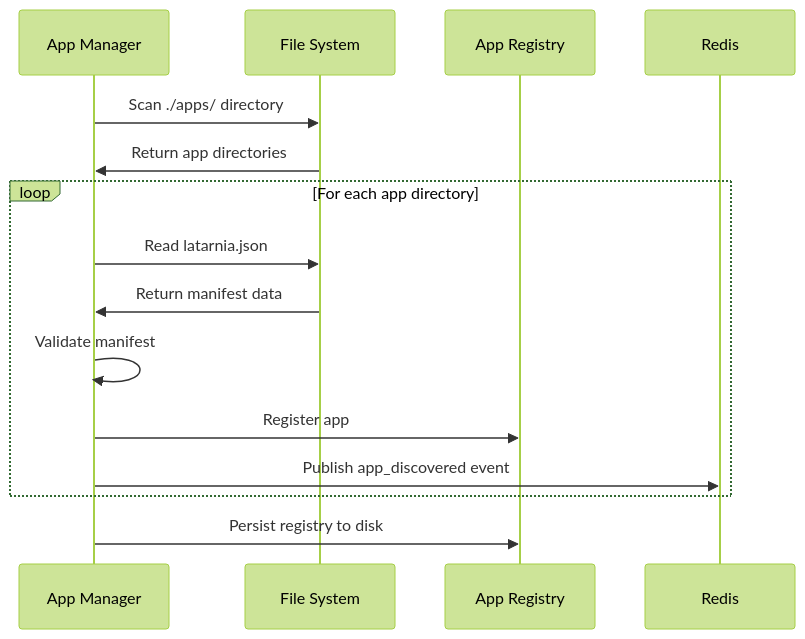
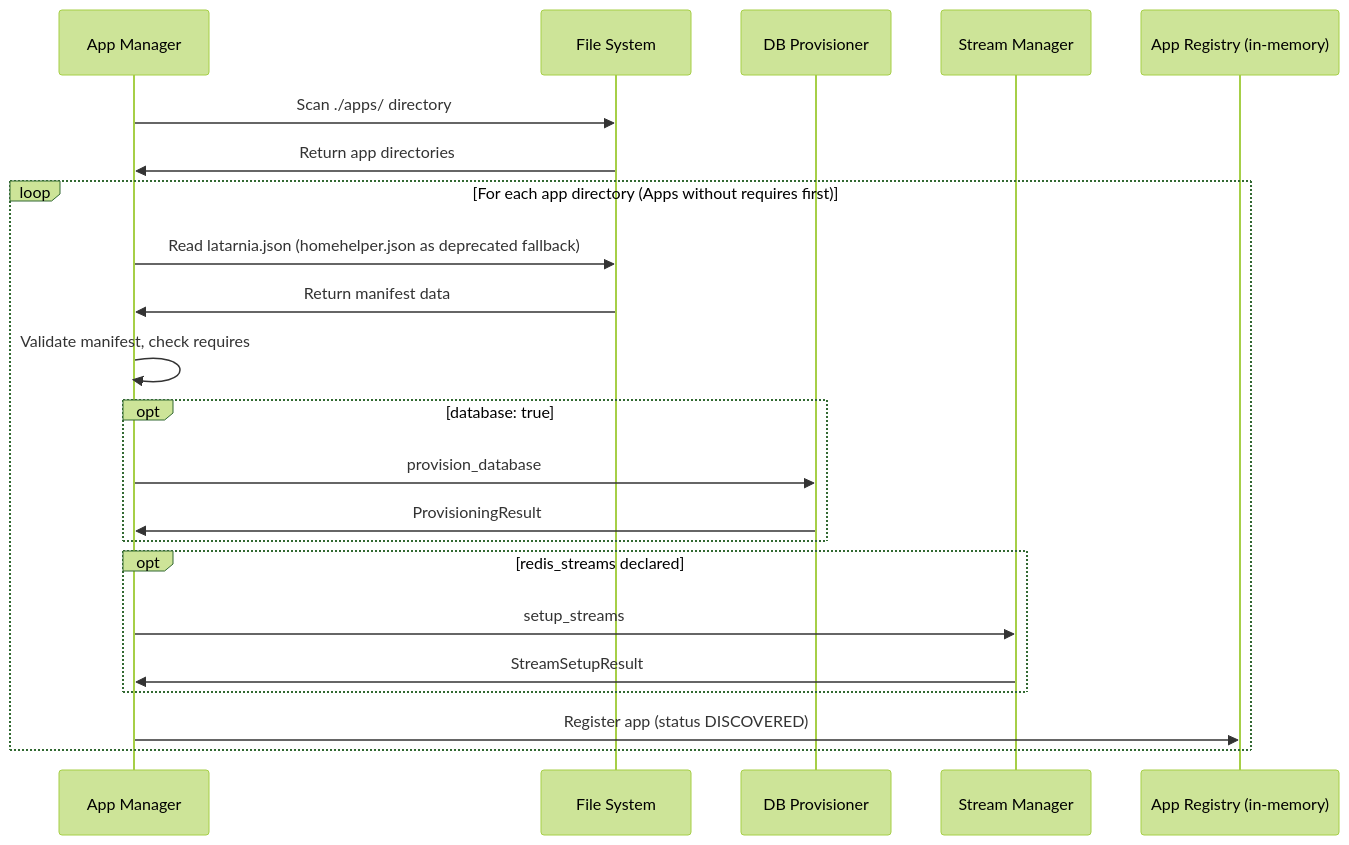
Before and after one commit to felipe-stanham/Latarnia: the fourth of 7 diagrams in docs/System/architecture.md, drawn with Mermaid (forest theme). The commit also changed other lines of this file and 10 other files, not shown here.

````diff
--- a/docs/System/architecture.md
+++ b/docs/System/architecture.md
@@ -395,20 +391,26 @@
 ```mermaid
 sequenceDiagram
     participant AM as App Manager
     participant FS as File System
-    participant Reg as App Registry
-    participant Redis as Redis
-    
+    participant DB as DB Provisioner
+    participant SM as Stream Manager
+    participant Reg as App Registry (in-memory)
+
     AM->>FS: Scan ./apps/ directory
     FS->>AM: Return app directories
-    
-    loop For each app directory
-        AM->>FS: Read latarnia.json
+
+    loop For each app directory (Apps without requires first)
+        AM->>FS: Read latarnia.json (homehelper.json as deprecated fallback)
         FS->>AM: Return manifest data
-        AM->>AM: Validate manifest
-        AM->>Reg: Register app
-        AM->>Redis: Publish app_discovered event
+        AM->>AM: Validate manifest, check requires
+        opt database: true
+            AM->>DB: provision_database
+            DB->>AM: ProvisioningResult
+        end
+        opt redis_streams declared
+            AM->>SM: setup_streams
+            SM->>AM: StreamSetupResult
+        end
+        AM->>Reg: Register app (status DISCOVERED)
     end
-    
-    AM->>Reg: Persist registry to disk
 ```
````
